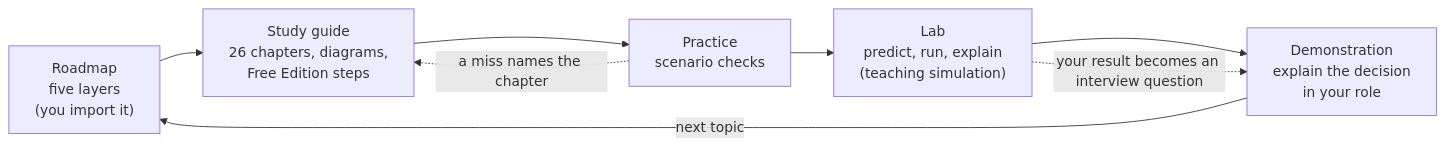
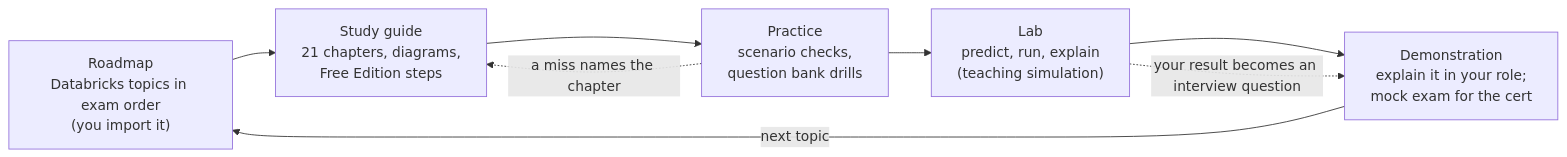
Before and after one commit to getnimishk/PrepBench: the diagram in docs/implementation/DATABRICKS-GAP-REPORT.md, drawn with Mermaid. The commit also changed other lines of this file and 1 other file, not shown here.

First line of the commit message:
Restore the original Databricks plan (Data Engineer Associate track)

````diff
--- a/docs/implementation/DATABRICKS-GAP-REPORT.md
+++ b/docs/implementation/DATABRICKS-GAP-REPORT.md
@@ -130,10 +132,10 @@
 ```mermaid
 flowchart LR
-  R["Roadmap<br/>five layers<br/>(you import it)"] --> G["Study guide<br/>26 chapters, diagrams,<br/>Free Edition steps"]
-  G --> P["Practice<br/>scenario checks"]
+  R["Roadmap<br/>Databricks topics in exam order<br/>(you import it)"] --> G["Study guide<br/>21 chapters, diagrams,<br/>Free Edition steps"]
+  G --> P["Practice<br/>scenario checks,<br/>question bank drills"]
   P --> L["Lab<br/>predict, run, explain<br/>(teaching simulation)"]
-  L --> D["Demonstration<br/>explain the decision<br/>in your role"]
+  L --> D["Demonstration<br/>explain it in your role;<br/>mock exam for the cert"]
   D -->|"next topic"| R
   P -. "a miss names the chapter" .-> G
   L -. "your result becomes an interview question" .-> D
 ```
````
